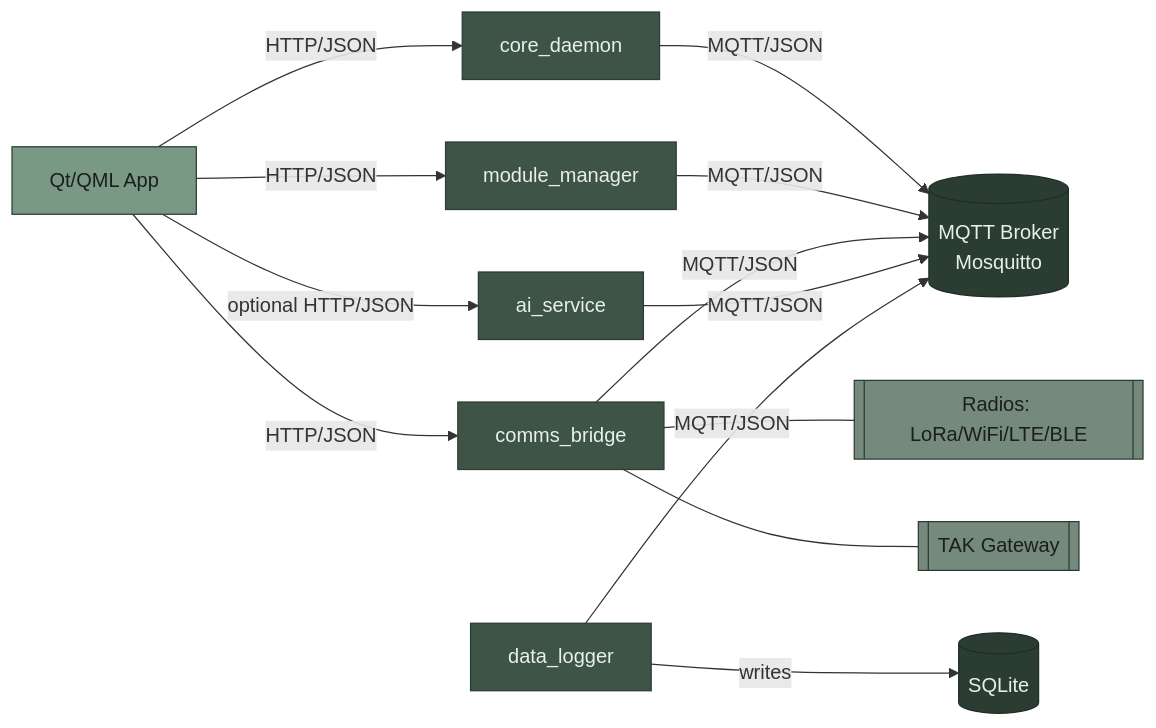
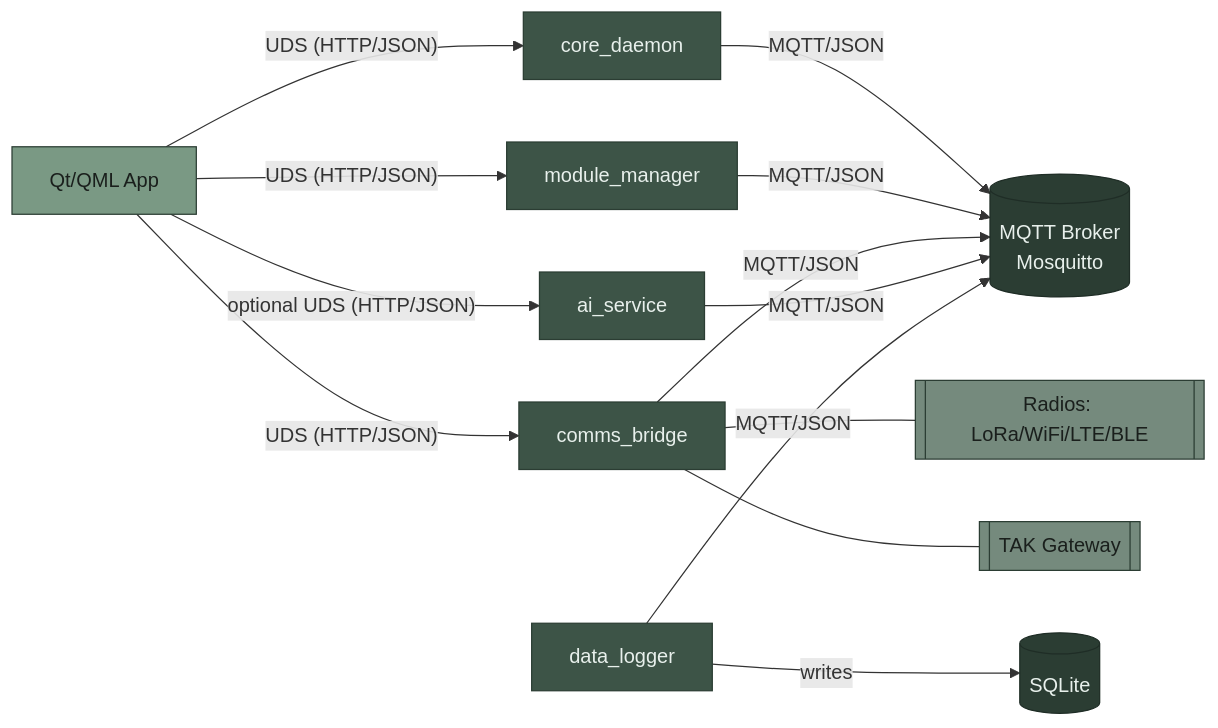
One commit to aymadd/waycore changed the diagram in docs/architecture/architecture.md. Above: the diagram before and after it, drawn with Mermaid. The commit also changed other lines of this file and 24 other files, not shown here.

````diff
--- a/docs/architecture/architecture.md
+++ b/docs/architecture/architecture.md
@@ -30,34 +30,34 @@
 ```mermaid
 graph LR
   UI[Qt/QML App]:::ui
   CD[core_daemon]:::svc
   MM[module_manager]:::svc
   CB[comms_bridge]:::svc
   AI[ai_service]:::svc
   DL[data_logger]:::svc
 
   MB[(MQTT Broker<br/>Mosquitto)]:::infra
   DB[(SQLite)]:::infra
   RAD[[Radios: LoRa/WiFi/LTE/BLE]]:::ext
   TAK[[TAK Gateway]]:::ext
 
-  UI -- HTTP/JSON --> CD
-  UI -- HTTP/JSON --> MM
-  UI -- HTTP/JSON --> CB
-  UI -- optional HTTP/JSON --> AI
+  UI -- UDS (HTTP/JSON) --> CD
+  UI -- UDS (HTTP/JSON) --> MM
+  UI -- UDS (HTTP/JSON) --> CB
+  UI -- optional UDS (HTTP/JSON) --> AI
 
   CD -- MQTT/JSON --> MB
   MM -- MQTT/JSON --> MB
   CB -- MQTT/JSON --> MB
   AI -- MQTT/JSON --> MB
   DL -- MQTT/JSON --> MB
 
   CB --- RAD
   CB --- TAK
   DL -- writes --> DB
 
   classDef ui fill:#7A9984,stroke:#2B3D33,color:#1A1F1C
   classDef svc fill:#3D5447,stroke:#2B3D33,color:#E8F0EC
   classDef infra fill:#2B3D33,stroke:#1F2D26,color:#E8F0EC
   classDef ext fill:#758A7D,stroke:#2B3D33,color:#1A1F1C
 ```
````
